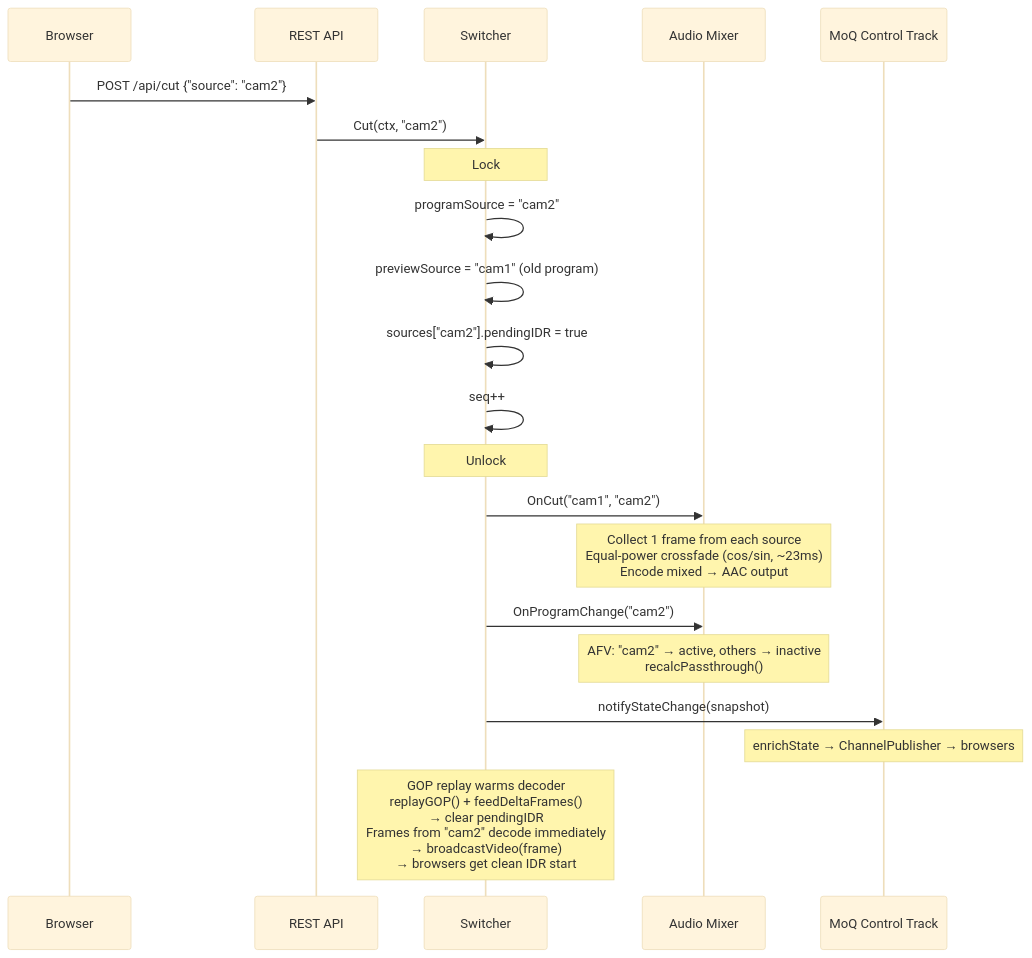
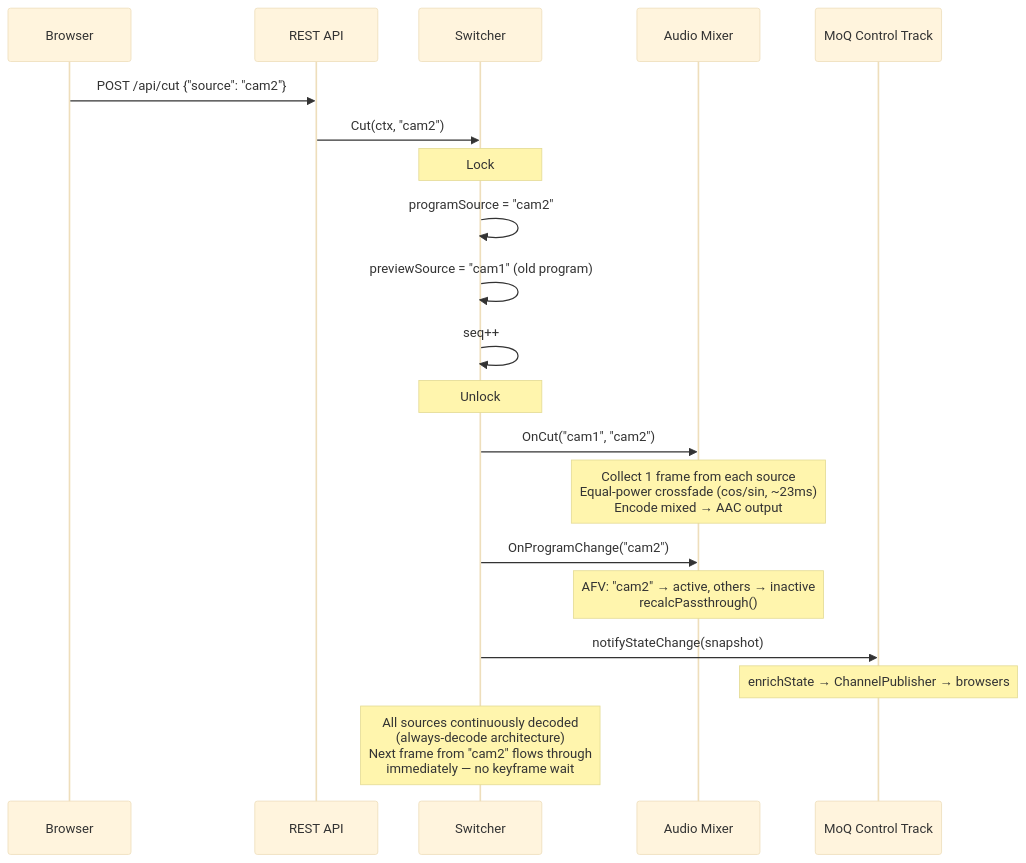
One commit to zsiec/switchframe changed diagram 20 of 23 in docs/architecture.md. Above: the diagram before and after it, drawn with Mermaid (base theme). The commit also changed other lines of this file and 6 other files, not shown here.

````diff
--- a/docs/architecture.md
+++ b/docs/architecture.md
@@ -1158,29 +1195,28 @@
 ```mermaid
 sequenceDiagram
     participant Browser
     participant API as REST API
     participant SW as Switcher
     participant Mixer as Audio Mixer
     participant MoQ as MoQ Control Track
 
     Browser->>API: POST /api/cut {"source": "cam2"}
     API->>SW: Cut(ctx, "cam2")
 
     Note over SW: Lock
     SW->>SW: programSource = "cam2"
     SW->>SW: previewSource = "cam1" (old program)
-    SW->>SW: sources["cam2"].pendingIDR = true
     SW->>SW: seq++
     Note over SW: Unlock
 
     SW->>Mixer: OnCut("cam1", "cam2")
     Note over Mixer: Collect 1 frame from each source<br/>Equal-power crossfade (cos/sin, ~23ms)<br/>Encode mixed → AAC output
 
     SW->>Mixer: OnProgramChange("cam2")
     Note over Mixer: AFV: "cam2" → active, others → inactive<br/>recalcPassthrough()
 
     SW->>MoQ: notifyStateChange(snapshot)
     Note over MoQ: enrichState → ChannelPublisher → browsers
 
-    Note over SW: GOP replay warms decoder<br/>replayGOP() + feedDeltaFrames()<br/>→ clear pendingIDR<br/>Frames from "cam2" decode immediately<br/>→ broadcastVideo(frame)<br/>→ browsers get clean IDR start
+    Note over SW: All sources continuously decoded<br/>(always-decode architecture)<br/>Next frame from "cam2" flows through<br/>immediately — no keyframe wait
 ```
````
